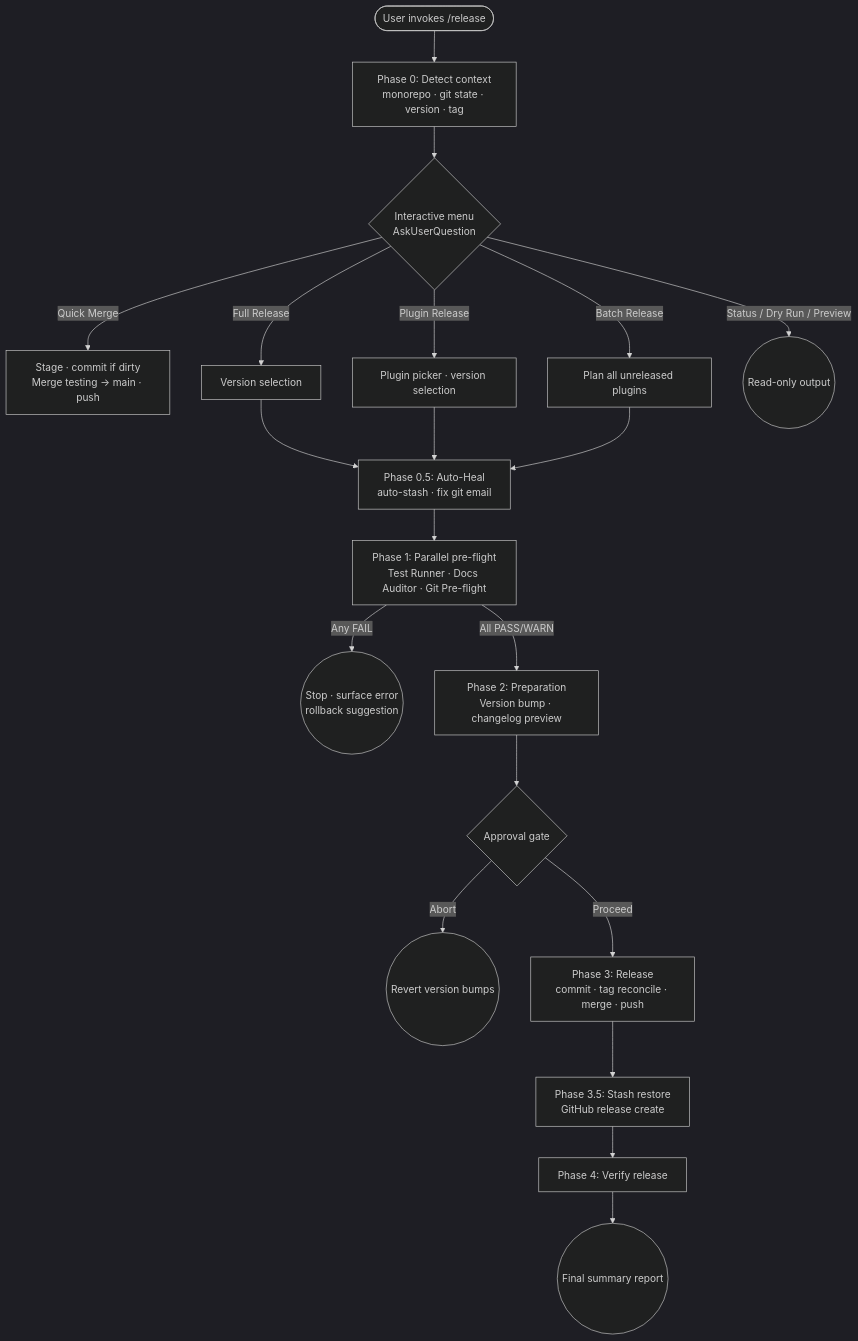
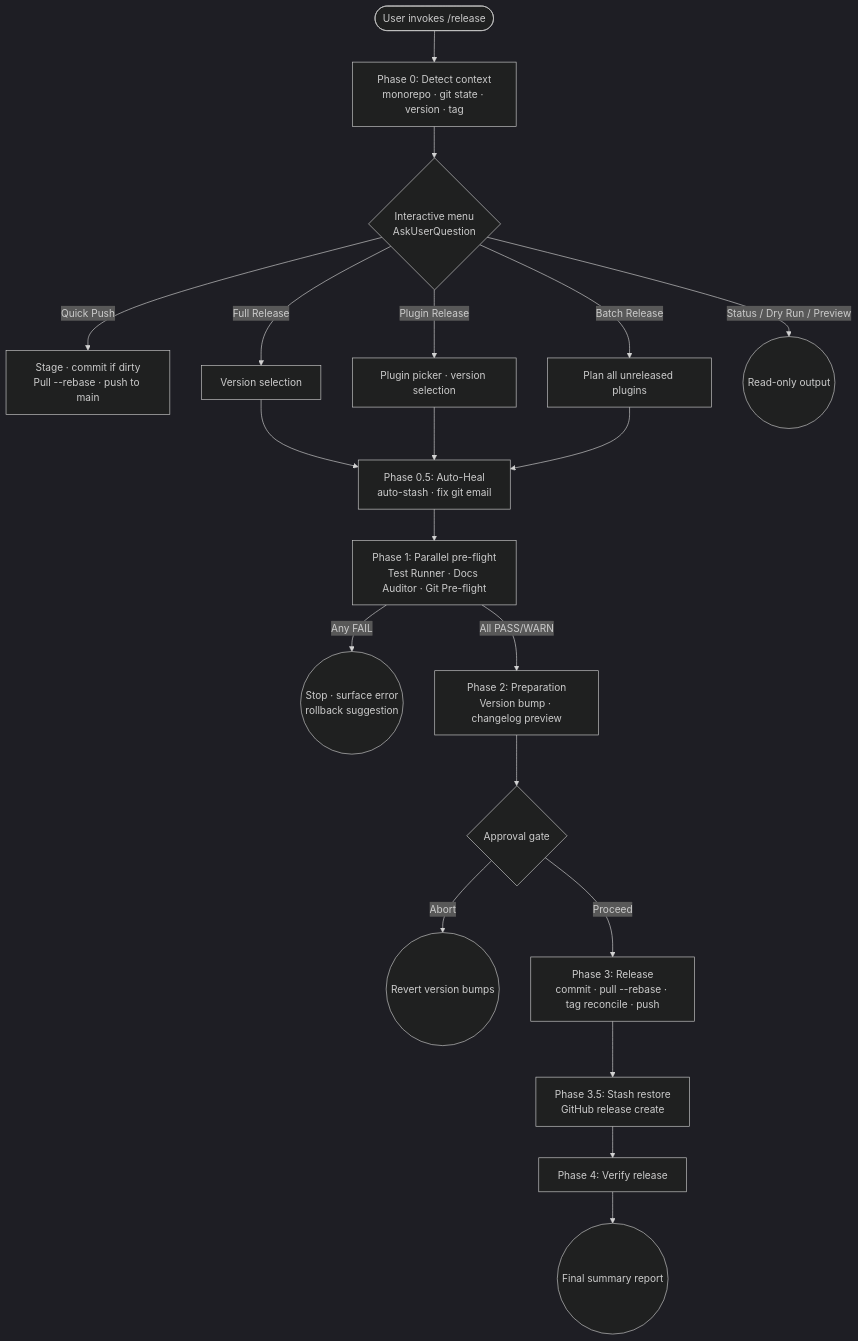
One commit to L3DigitalNet/Claude-Code-Plugins changed the diagram in plugins/release-pipeline/README.md. Above: the diagram before and after it, drawn with Mermaid (dark theme). The commit also changed other lines of this file and 8 other files, not shown here.

````diff
--- a/plugins/release-pipeline/README.md
+++ b/plugins/release-pipeline/README.md
@@ -44,22 +44,22 @@
 ```mermaid
 flowchart TD
     User([User invokes /release]) --> P0[Phase 0: Detect context<br/>monorepo · git state · version · tag]
     P0 --> Menu{Interactive menu<br/>AskUserQuestion}
-    Menu -->|Quick Merge| M1[Stage · commit if dirty<br/>Merge testing → main · push]
+    Menu -->|Quick Push| M1[Stage · commit if dirty<br/>Pull --rebase · push to main]
     Menu -->|Full Release| Vers[Version selection]
     Menu -->|Plugin Release| Pick[Plugin picker · version selection]
     Menu -->|Batch Release| Plan[Plan all unreleased plugins]
     Menu -->|Status / Dry Run / Preview| Info((Read-only output))
     Vers --> AH[Phase 0.5: Auto-Heal<br/>auto-stash · fix git email]
     Pick --> AH
     Plan --> AH
     AH --> PF[Phase 1: Parallel pre-flight<br/>Test Runner · Docs Auditor · Git Pre-flight]
     PF -->|Any FAIL| Stop((Stop · surface error<br/>rollback suggestion))
     PF -->|All PASS/WARN| Prep[Phase 2: Preparation<br/>Version bump · changelog preview]
     Prep --> Gate{Approval gate}
     Gate -->|Abort| Revert((Revert version bumps))
-    Gate -->|Proceed| Rel[Phase 3: Release<br/>commit · tag reconcile · merge · push]
+    Gate -->|Proceed| Rel[Phase 3: Release<br/>commit · pull --rebase · tag reconcile · push]
     Rel --> GH[Phase 3.5: Stash restore<br/>GitHub release create]
     GH --> Ver[Phase 4: Verify release]
     Ver --> Report((Final summary report))
 ```
````
